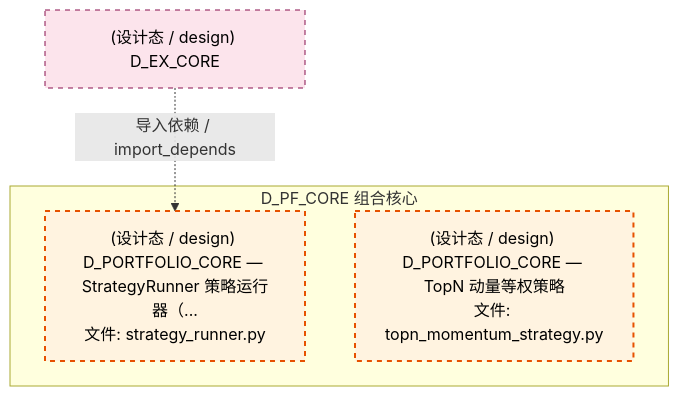
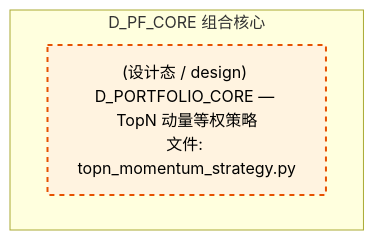
One commit to xuanFelixVan/ZephyrAlpha changed the third of 4 diagrams in docs/02_enterprise_architecture/02_domain_architecture_docs/63_d_pf_core.md. Above: the diagram before and after it, drawn with Mermaid. The commit also changed other lines of this file and 42 other files, not shown here.

````diff
--- a/docs/02_enterprise_architecture/02_domain_architecture_docs/63_d_pf_core.md
+++ b/docs/02_enterprise_architecture/02_domain_architecture_docs/63_d_pf_core.md
@@ -115,15 +164,11 @@
 ```mermaid
 graph TD
     subgraph D_PF_CORE["D_PF_CORE 组合核心"]
-        src_zephyr_pf_core_strategy_engine_strategy_runner_py["(设计态 / design) D_PORTFOLIO_CORE — StrategyRunner 策略运行器（...<br/>文件: strategy_runner.py"]
         src_zephyr_pf_core_topn_momentum_strategy_py["(设计态 / design) D_PORTFOLIO_CORE — TopN 动量等权策略<br/>文件: topn_momentum_strategy.py"]
     end
-    D_EX_CORE["(设计态 / design) D_EX_CORE"]
-    D_EX_CORE -.->|导入依赖 / import_depends| src_zephyr_pf_core_strategy_engine_strategy_runner_py
     classDef production fill:#e1f5fe,stroke:#01579b,stroke-width:2px,color:#000
     classDef design fill:#fff3e0,stroke:#e65100,stroke-width:2px,color:#000,stroke-dasharray: 5 5
     classDef external_prod fill:#e8f5e9,stroke:#1b5e20,stroke-width:1px,color:#000
     classDef external_design fill:#fce4ec,stroke:#880e4f,stroke-width:1px,color:#000,stroke-dasharray: 5 5
-    class src_zephyr_pf_core_strategy_engine_strategy_runner_py,src_zephyr_pf_core_topn_momentum_strategy_py design
-    class D_EX_CORE external_design
+    class src_zephyr_pf_core_topn_momentum_strategy_py design
 ```
````
